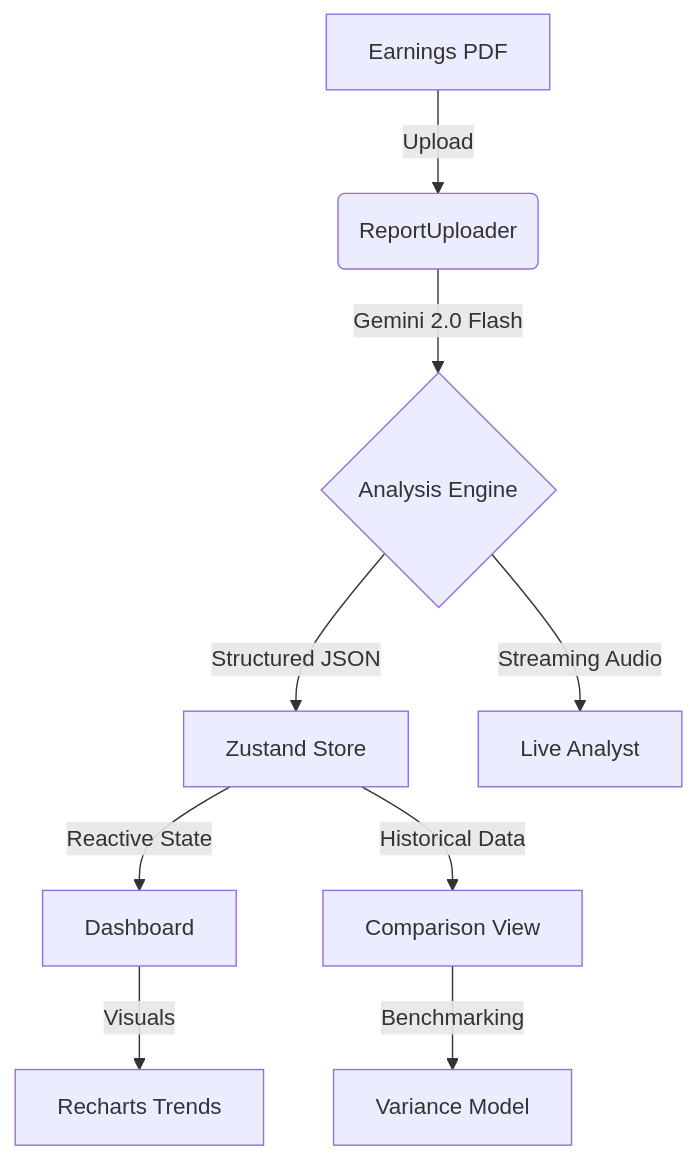
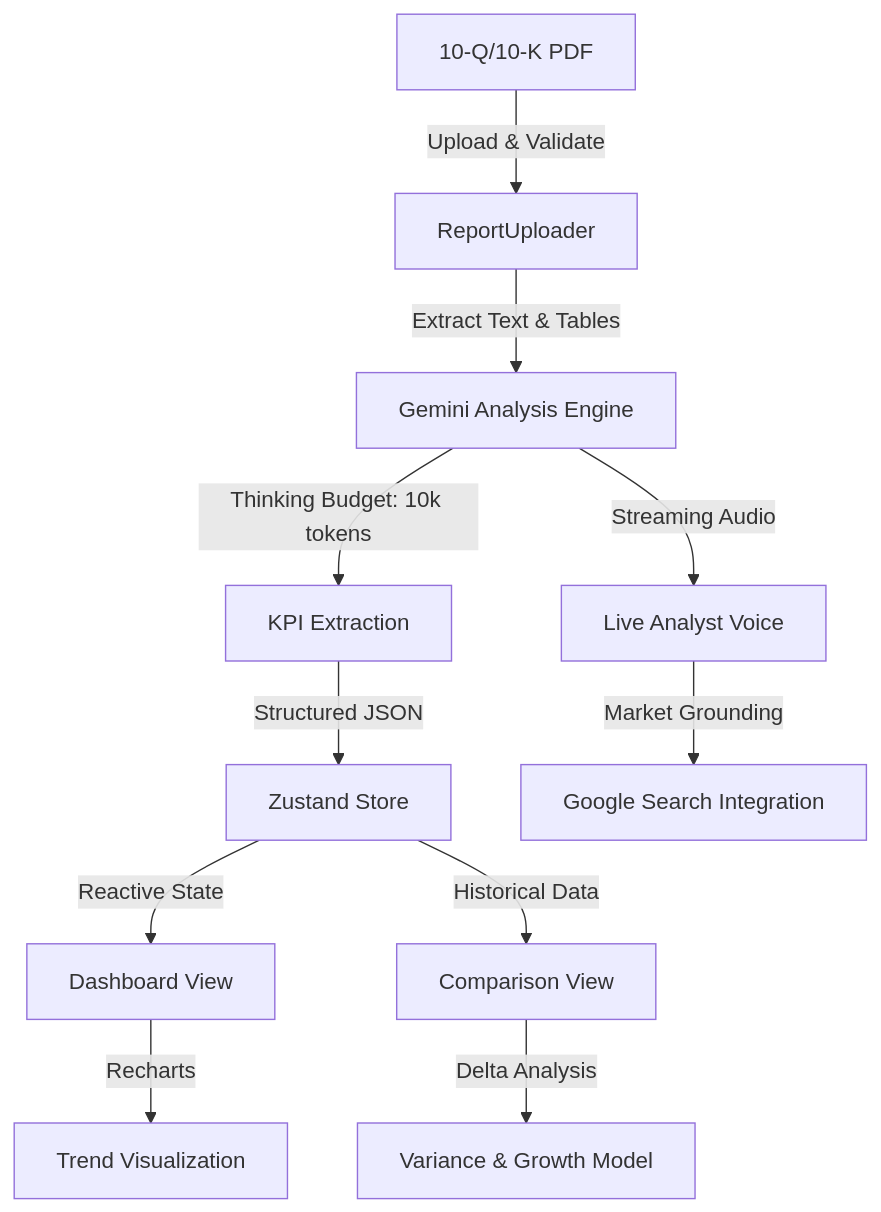
One commit to darshil0/ai-financial-auditor changed the diagram in README.md. Above: the diagram before and after it, drawn with Mermaid. The commit also changed other lines of this file, not shown here.

````diff
--- a/README.md
+++ b/README.md
@@ -16,11 +17,13 @@
 ```mermaid
 graph TD
-    A[Earnings PDF] -->|Upload| B(ReportUploader)
-    B -->|Gemini 2.0 Flash| C{Analysis Engine}
-    C -->|Structured JSON| D[Zustand Store]
-    D -->|Reactive State| E[Dashboard]
-    D -->|Historical Data| F[Comparison View]
-    C -->|Streaming Audio| G[Live Analyst]
-    E -->|Visuals| H[Recharts Trends]
-    F -->|Benchmarking| I[Variance Model]
+    A["10-Q/10-K PDF"] -->|Upload & Validate| B["ReportUploader"]
+    B -->|Extract Text & Tables| C["Gemini Analysis Engine"]
+    C -->|Thinking Budget: 10k tokens| D["KPI Extraction"]
+    D -->|Structured JSON| E["Zustand Store"]
+    E -->|Reactive State| F["Dashboard View"]
+    E -->|Historical Data| G["Comparison View"]
+    C -->|Streaming Audio| H["Live Analyst Voice"]
+    F -->|Recharts| I["Trend Visualization"]
+    G -->|Delta Analysis| J["Variance & Growth Model"]
+    H -->|Market Grounding| K["Google Search Integration"]
 ```
````
